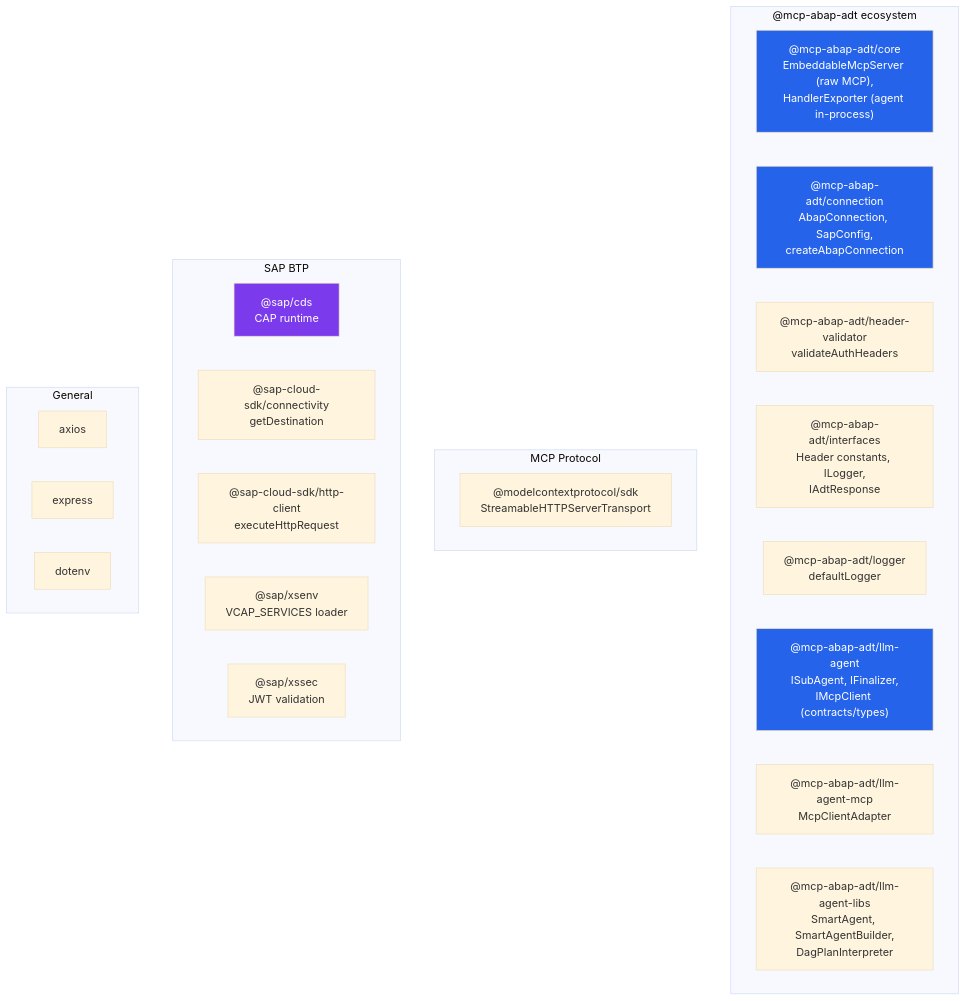
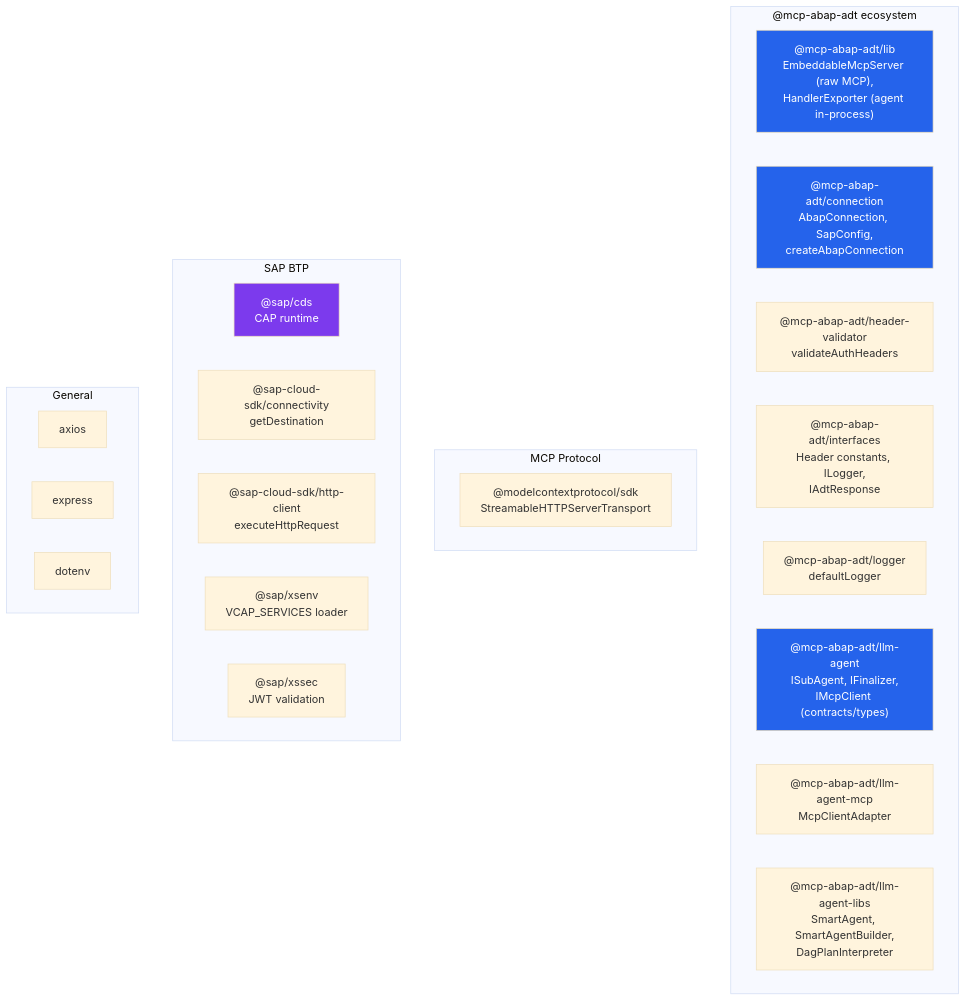
One commit to fr0ster/cloud-llm-hub changed diagram 20 of 24 in docs/architecture/ARCHITECTURE.md. Above: the diagram before and after it, drawn with Mermaid (base theme). The commit also changed other lines of this file and 4 other files, not shown here.

````diff
--- a/docs/architecture/ARCHITECTURE.md
+++ b/docs/architecture/ARCHITECTURE.md
@@ -1140,36 +1140,36 @@
 ```mermaid
 graph TB
     subgraph "@mcp-abap-adt ecosystem"
-        CORE["@mcp-abap-adt/core<br/>EmbeddableMcpServer (raw MCP),<br/>HandlerExporter (agent in-process)"]
+        CORE["@mcp-abap-adt/lib<br/>EmbeddableMcpServer (raw MCP),<br/>HandlerExporter (agent in-process)"]
         CONN_PKG["@mcp-abap-adt/connection<br/>AbapConnection, SapConfig,<br/>createAbapConnection"]
         HV_PKG["@mcp-abap-adt/header-validator<br/>validateAuthHeaders"]
         IFACE["@mcp-abap-adt/interfaces<br/>Header constants, ILogger,<br/>IAdtResponse"]
         LOG_PKG["@mcp-abap-adt/logger<br/>defaultLogger"]
         LLM_PKG["@mcp-abap-adt/llm-agent<br/>ISubAgent, IFinalizer,<br/>IMcpClient (contracts/types)"]
         LLM_MCP_PKG["@mcp-abap-adt/llm-agent-mcp<br/>McpClientAdapter"]
         LLM_LIBS_PKG["@mcp-abap-adt/llm-agent-libs<br/>SmartAgent, SmartAgentBuilder,<br/>DagPlanInterpreter"]
     end
 
     subgraph "MCP Protocol"
         MCP_SDK["@modelcontextprotocol/sdk<br/>StreamableHTTPServerTransport"]
     end
 
     subgraph "SAP BTP"
         SAP_CDS["@sap/cds<br/>CAP runtime"]
         SAP_SDK_C["@sap-cloud-sdk/connectivity<br/>getDestination"]
         SAP_SDK_H["@sap-cloud-sdk/http-client<br/>executeHttpRequest"]
         SAP_XSENV["@sap/xsenv<br/>VCAP_SERVICES loader"]
         SAP_XSSEC["@sap/xssec<br/>JWT validation"]
     end
 
     subgraph "General"
         AXIOS["axios"]
         EXPRESS["express"]
         DOTENV["dotenv"]
     end
 
     style CORE fill:#2563eb,color:#fff
     style CONN_PKG fill:#2563eb,color:#fff
     style LLM_PKG fill:#2563eb,color:#fff
     style SAP_CDS fill:#7c3aed,color:#fff
 ```
````
